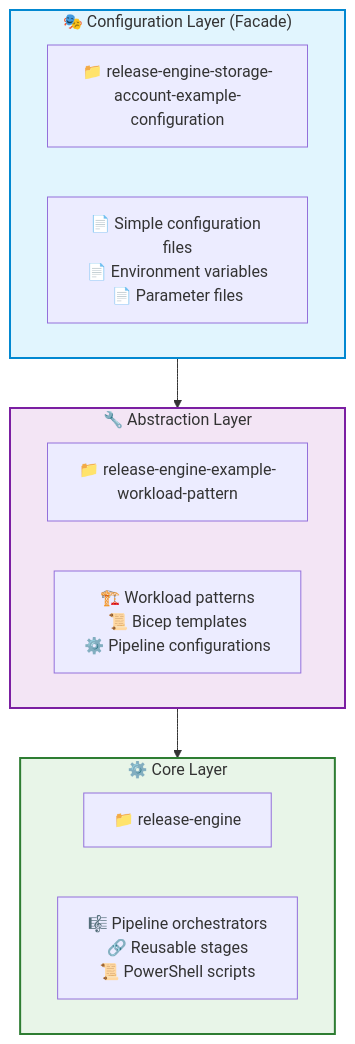
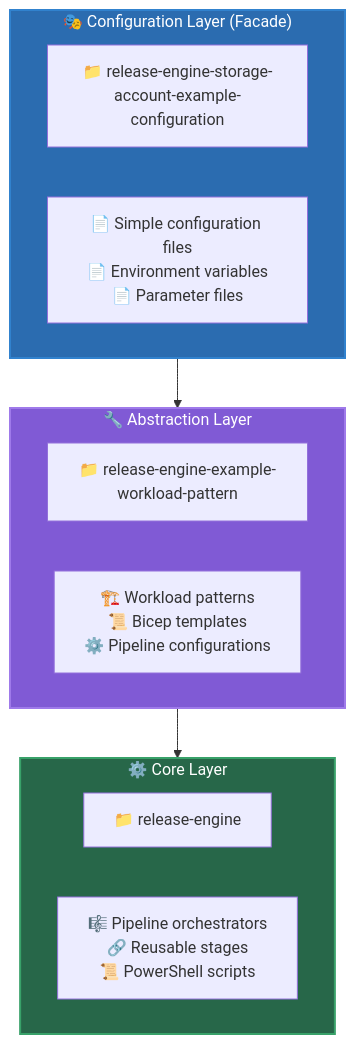
The second of 5 diagrams in docs/Release-Engine-Architecture-Design.md (thecloudexplorers/release-engine), drawn with Mermaid before and after one commit. The commit also changed other lines of this file, not shown here.

Commit message:
architecture design - tce

````diff
--- a/docs/Release-Engine-Architecture-Design.md
+++ b/docs/Release-Engine-Architecture-Design.md
@@ -185,24 +185,24 @@
 ```mermaid
 graph TD
     subgraph Config["🎭 Configuration Layer (Facade)"]
         ConfigRepo["📁 release-engine-storage-account-example-configuration"]
         ConfigFiles["📄 Simple configuration files<br/>📄 Environment variables<br/>📄 Parameter files"]
     end
     
     subgraph Abstract["🔧 Abstraction Layer"]
         PatternRepo["📁 release-engine-example-workload-pattern"]
         Patterns["🏗️ Workload patterns<br/>📜 Bicep templates<br/>⚙️ Pipeline configurations"]
     end
     
     subgraph Core["⚙️ Core Layer"]
         CoreRepo["📁 release-engine"]
         Components["🎼 Pipeline orchestrators<br/>🔗 Reusable stages<br/>📜 PowerShell scripts"]
     end
     
     Config --> Abstract
     Abstract --> Core
     
-    style Config fill:#e1f5fe,stroke:#0288d1,stroke-width:2px
-    style Abstract fill:#f3e5f5,stroke:#7b1fa2,stroke-width:2px  
-    style Core fill:#e8f5e8,stroke:#2e7d32,stroke-width:2px
+    style Config fill:#2b6cb0,stroke:#3182ce,stroke-width:2px,color:#ffffff
+    style Abstract fill:#805ad5,stroke:#9f7aea,stroke-width:2px,color:#ffffff
+    style Core fill:#276749,stroke:#38a169,stroke-width:2px,color:#ffffff
 ```
````
